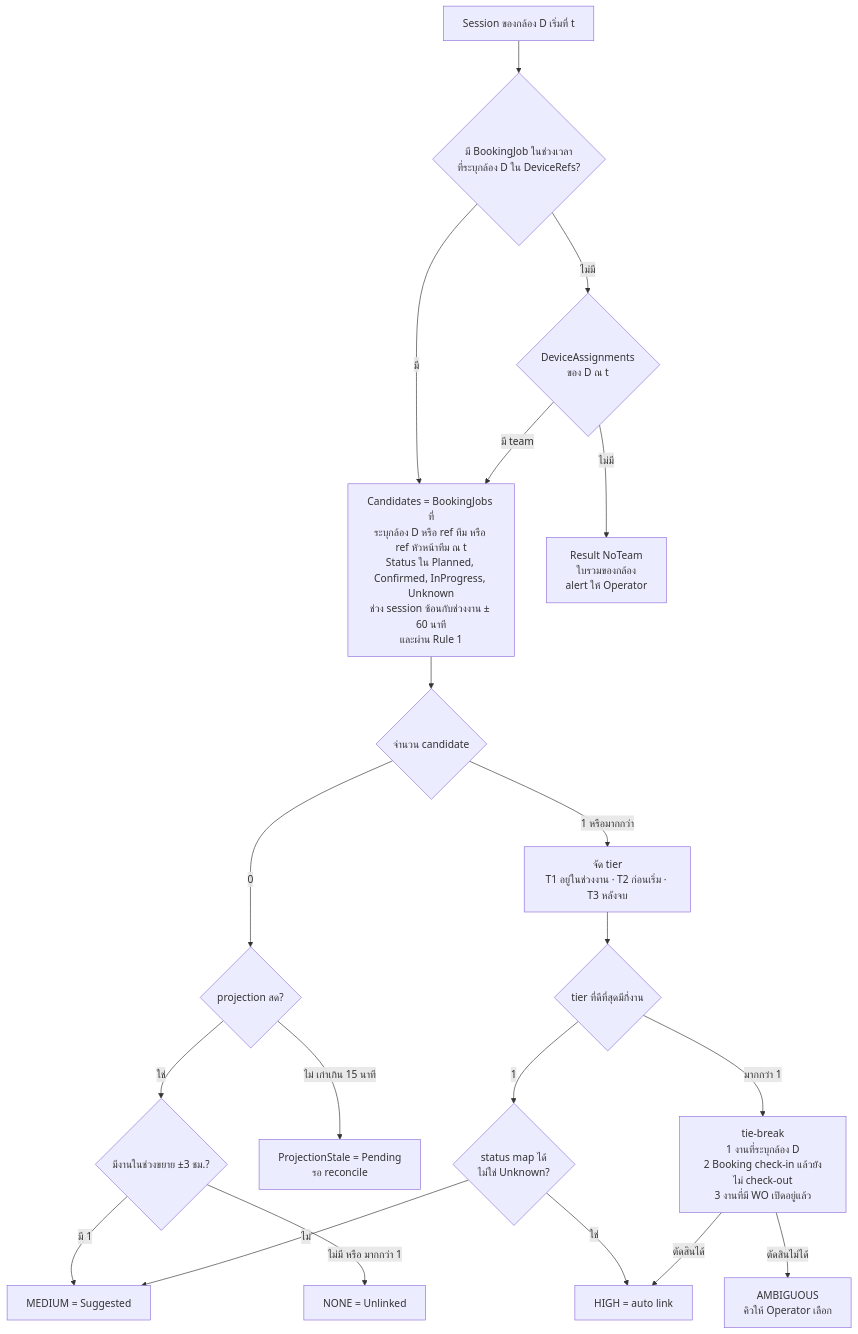
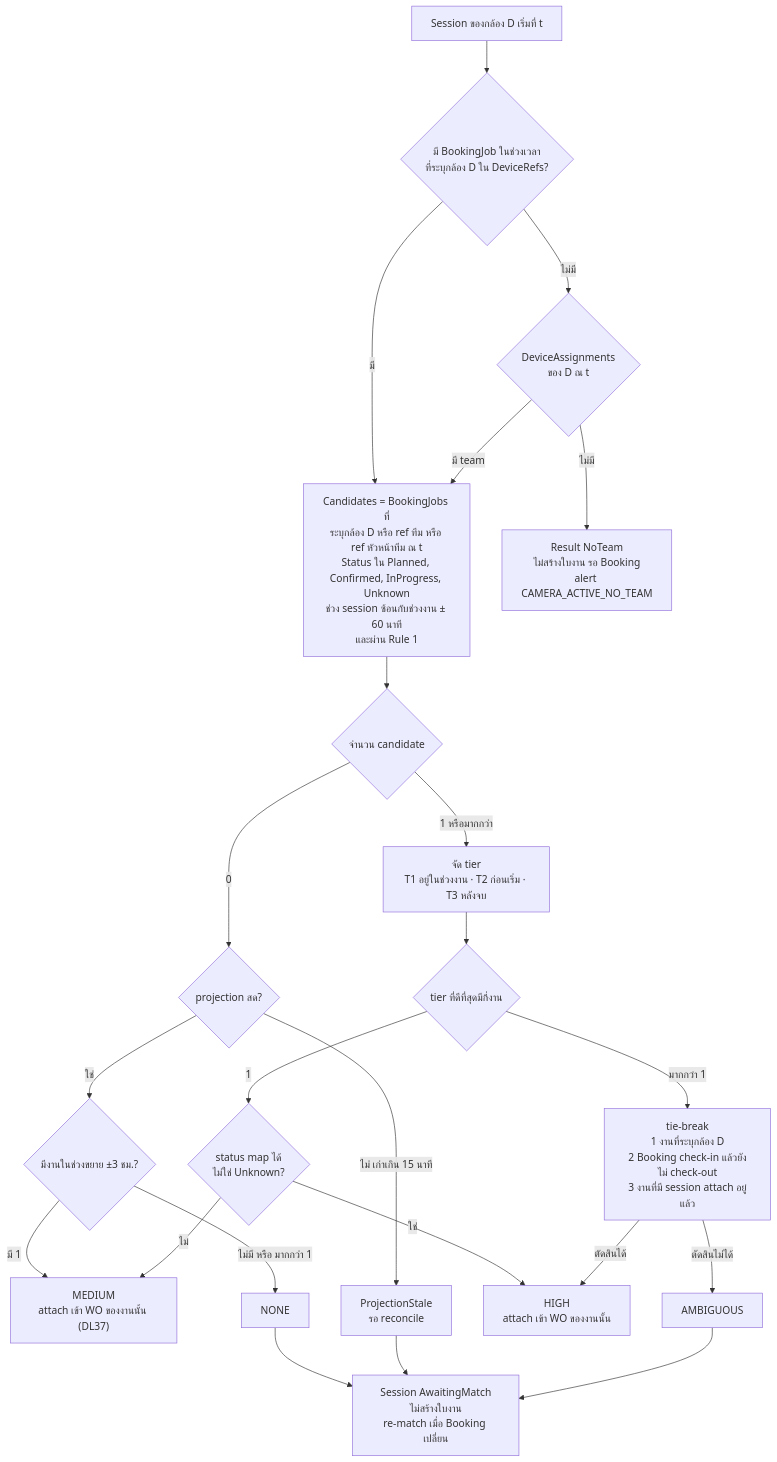
One commit to b-werayut/psd-bodycam-v1.0 changed the fourth of 10 diagrams in docs/blueprint/03-business-workflows.md. Above: the diagram before and after it, drawn with Mermaid. The commit also changed other lines of this file and 304 other files, not shown here.

````diff
--- a/docs/blueprint/03-business-workflows.md
+++ b/docs/blueprint/03-business-workflows.md
@@ -137,22 +140,25 @@
 ```mermaid
 flowchart TB
   S["Session ของกล้อง D เริ่มที่ t"] --> DR{"มี BookingJob ในช่วงเวลา<br/>ที่ระบุกล้อง D ใน DeviceRefs?"}
   DR -->|"มี"| C
   DR -->|"ไม่มี"| T{"DeviceAssignments<br/>ของ D ณ t"}
-  T -->|"ไม่มี"| NT["Result NoTeam<br/>ใบรวมของกล้อง<br/>alert ให้ Operator"]
+  T -->|"ไม่มี"| NT["Result NoTeam<br/>ไม่สร้างใบงาน รอ Booking<br/>alert CAMERA_ACTIVE_NO_TEAM"]
   T -->|"มี team"| C["Candidates = BookingJobs ที่<br/>ระบุกล้อง D หรือ ref ทีม หรือ ref หัวหน้าทีม ณ t<br/>Status ใน Planned, Confirmed, InProgress, Unknown<br/>ช่วง session ซ้อนกับช่วงงาน ± 60 นาที<br/>และผ่าน Rule 1"]
   C --> N{"จำนวน candidate"}
   N -->|"0"| X{"projection สด?"}
   X -->|"ใช่"| EXT{"มีงานในช่วงขยาย ±3 ชม.?"}
-  EXT -->|"มี 1"| MED["MEDIUM = Suggested"]
-  EXT -->|"ไม่มี หรือ มากกว่า 1"| NONE["NONE = Unlinked"]
-  X -->|"ไม่ เก่าเกิน 15 นาที"| PEND["ProjectionStale = Pending<br/>รอ reconcile"]
+  EXT -->|"มี 1"| MED["MEDIUM<br/>attach เข้า WO ของงานนั้น (DL37)"]
+  EXT -->|"ไม่มี หรือ มากกว่า 1"| NONE["NONE"]
+  X -->|"ไม่ เก่าเกิน 15 นาที"| PEND["ProjectionStale<br/>รอ reconcile"]
   N -->|"1 หรือมากกว่า"| TIER["จัด tier<br/>T1 อยู่ในช่วงงาน · T2 ก่อนเริ่ม · T3 หลังจบ"]
   TIER --> BEST{"tier ที่ดีที่สุดมีกี่งาน"}
   BEST -->|"1"| HI{"status map ได้<br/>ไม่ใช่ Unknown?"}
-  HI -->|"ใช่"| HIGH["HIGH = auto link"]
+  HI -->|"ใช่"| HIGH["HIGH<br/>attach เข้า WO ของงานนั้น"]
   HI -->|"ไม่"| MED
-  BEST -->|"มากกว่า 1"| TB["tie-break<br/>1 งานที่ระบุกล้อง D<br/>2 Booking check-in แล้วยังไม่ check-out<br/>3 งานที่มี WO เปิดอยู่แล้ว"]
-  TB -->|"ตัดสินได้"| HIGH
-  TB -->|"ตัดสินไม่ได้"| AMB["AMBIGUOUS<br/>คิวให้ Operator เลือก"]
+  BEST -->|"มากกว่า 1"| TIEB["tie-break<br/>1 งานที่ระบุกล้อง D<br/>2 Booking check-in แล้วยังไม่ check-out<br/>3 งานที่มี session attach อยู่แล้ว"]
+  TIEB -->|"ตัดสินได้"| HIGH
+  TIEB -->|"ตัดสินไม่ได้"| AMB["AMBIGUOUS"]
+  NONE --> AW["Session AwaitingMatch<br/>ไม่สร้างใบงาน<br/>re-match เมื่อ Booking เปลี่ยน"]
+  PEND --> AW
+  AMB --> AW
 ```
````
